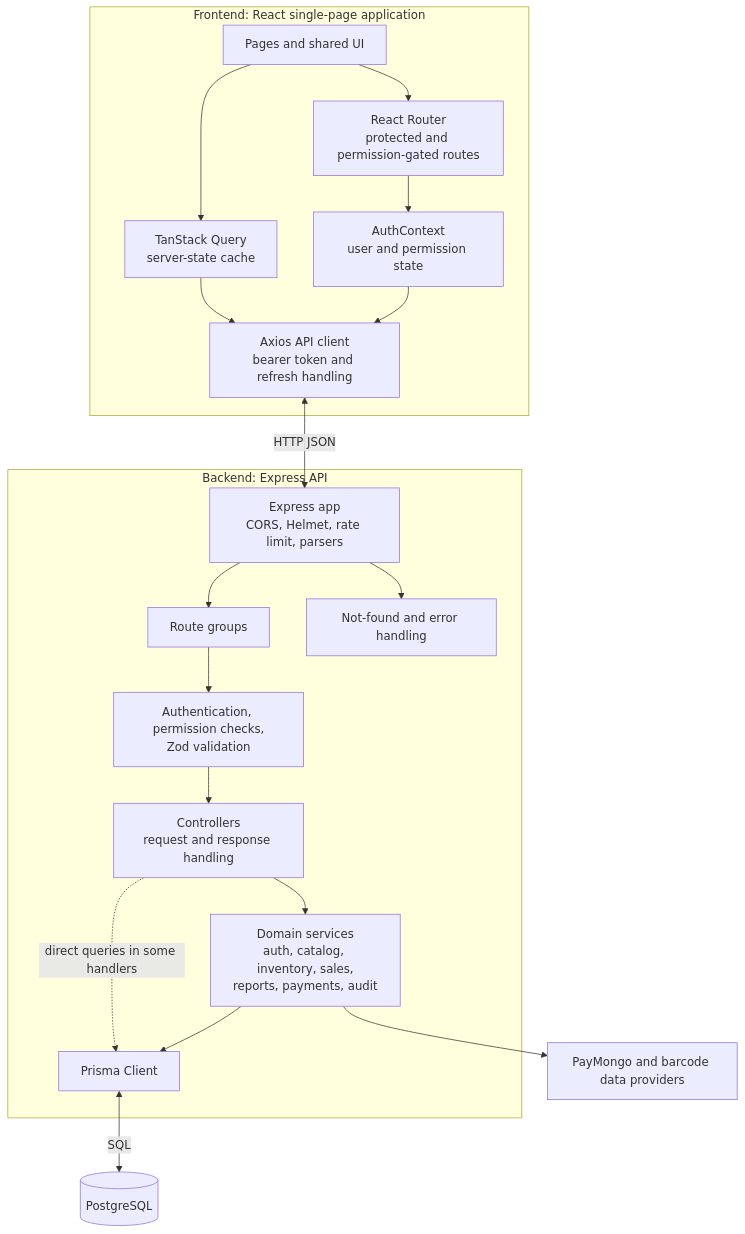
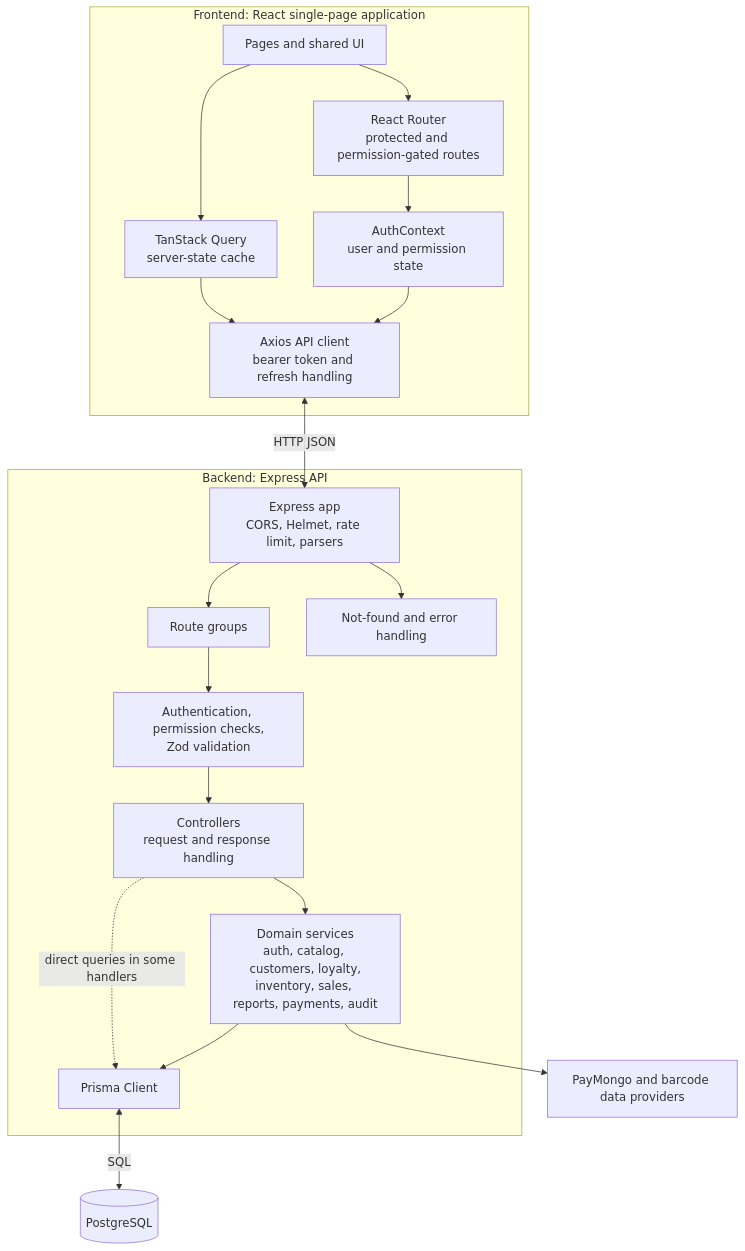
One commit to ryseianpinceberalde-arch/inventory changed the second of 3 diagrams in SYSTEM_ARCHITECTURE.md. Above: the diagram before and after it, drawn with Mermaid. The commit also changed other lines of this file and 34 other files, not shown here.

Commit message:
Expand customer, inventory, and sales workflows

````diff
--- a/SYSTEM_ARCHITECTURE.md
+++ b/SYSTEM_ARCHITECTURE.md
@@ -32,36 +32,36 @@
 ```mermaid
 flowchart TB
     subgraph Client[Frontend: React single-page application]
         Pages[Pages and shared UI]
         Router[React Router<br/>protected and permission-gated routes]
         Auth[AuthContext<br/>user and permission state]
         Query[TanStack Query<br/>server-state cache]
         Http[Axios API client<br/>bearer token and refresh handling]
         Pages --> Router
         Router --> Auth
         Pages --> Query
         Query --> Http
         Auth --> Http
     end
 
     subgraph Server[Backend: Express API]
         App[Express app<br/>CORS, Helmet, rate limit, parsers]
         Routes[Route groups]
         Middleware[Authentication, permission checks,<br/>Zod validation]
         Controllers[Controllers<br/>request and response handling]
-        Services[Domain services<br/>auth, catalog, inventory, sales,<br/>reports, payments, audit]
+        Services[Domain services<br/>auth, catalog, customers, loyalty,<br/>inventory, sales, reports, payments, audit]
         Prisma[Prisma Client]
         Errors[Not-found and error handling]
         App --> Routes
         Routes --> Middleware
         Middleware --> Controllers
         Controllers --> Services
         Controllers -. direct queries in some handlers .-> Prisma
         Services --> Prisma
         App --> Errors
     end
 
     Http <-->|HTTP JSON| App
     Prisma <-->|SQL| Database[(PostgreSQL)]
     Services --> Integrations[PayMongo and barcode data providers]
 ```
````
